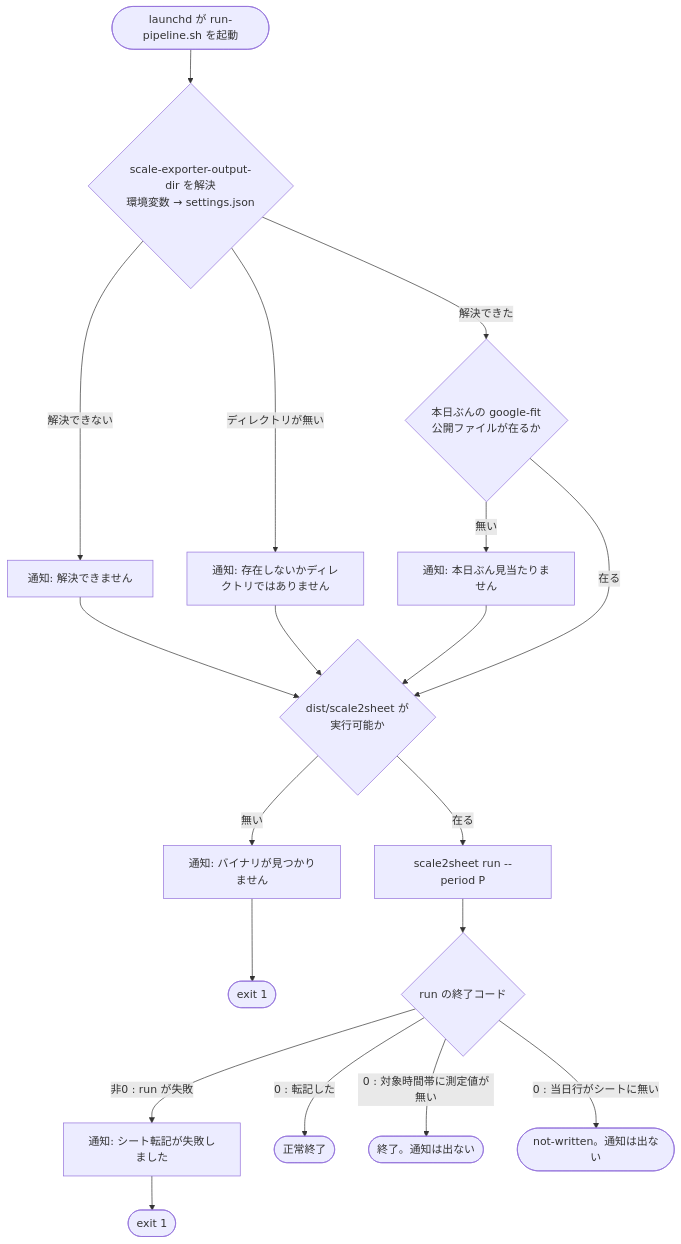
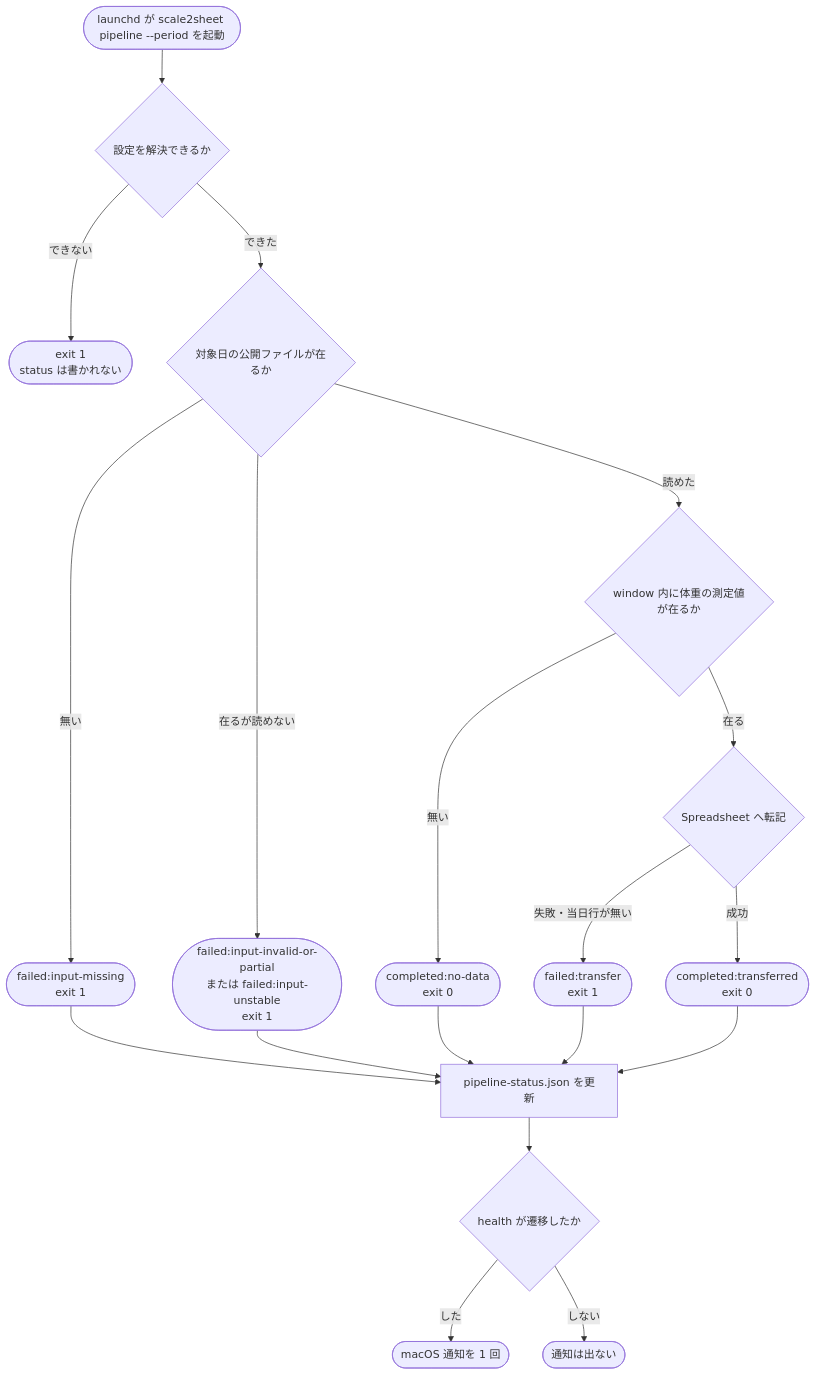
Before and after one commit to kappaseijin/scale2sheet4go: the second of 2 diagrams in README.md, drawn with Mermaid. The commit also changed other lines of this file and 1 other file, not shown here.

````diff
--- a/README.md
+++ b/README.md
@@ -231,22 +228,22 @@
 ```mermaid
 %% verify: run-path
 flowchart TD
-  S(["launchd が run-pipeline.sh を起動"]) --> D{"scale-exporter-output-dir を解決<br/>環境変数 → settings.json"}
-  D -->|解決できない| DN["通知: 解決できません"]
-  D -->|ディレクトリが無い| DM["通知: 存在しないかディレクトリではありません"]
-  D -->|解決できた| P{"本日ぶんの google-fit<br/>公開ファイルが在るか"}
-  P -->|無い| PN["通知: 本日ぶん見当たりません"]
-  DN --> B
-  DM --> B
-  PN --> B
-  P -->|在る| B{"dist/scale2sheet が<br/>実行可能か"}
-  B -->|無い| BN["通知: バイナリが見つかりません"]
-  BN --> X2(["exit 1"])
-  B -->|在る| R["scale2sheet run --period P"]
-  R --> RC{"run の終了コード"}
-  RC -->|"非0 : run が失敗"| RN["通知: シート転記が失敗しました"]
-  RN --> X3(["exit 1"])
-  RC -->|"0 : 転記した"| OK(["正常終了"])
-  RC -->|"0 : 対象時間帯に測定値が無い"| Q1(["終了。通知は出ない"])
-  RC -->|"0 : 当日行がシートに無い"| Q2(["not-written。通知は出ない"])
+  S(["launchd が scale2sheet pipeline --period を起動"]) --> C{"設定を解決できるか"}
+  C -->|できない| CE(["exit 1<br/>status は書かれない"])
+  C -->|できた| P{"対象日の公開ファイルが在るか"}
+  P -->|無い| PM(["failed:input-missing<br/>exit 1"])
+  P -->|在るが読めない| PI(["failed:input-invalid-or-partial<br/>または failed:input-unstable<br/>exit 1"])
+  P -->|読めた| W{"window 内に体重の測定値が在るか"}
+  W -->|無い| ND(["completed:no-data<br/>exit 0"])
+  W -->|在る| T{"Spreadsheet へ転記"}
+  T -->|失敗・当日行が無い| TF(["failed:transfer<br/>exit 1"])
+  T -->|成功| OK(["completed:transferred<br/>exit 0"])
+  PM --> ST["pipeline-status.json を更新"]
+  PI --> ST
+  ND --> ST
+  TF --> ST
+  OK --> ST
+  ST --> NOTIF{"health が遷移したか"}
+  NOTIF -->|した| N(["macOS 通知を 1 回"])
+  NOTIF -->|しない| E(["通知は出ない"])
 ```
````
